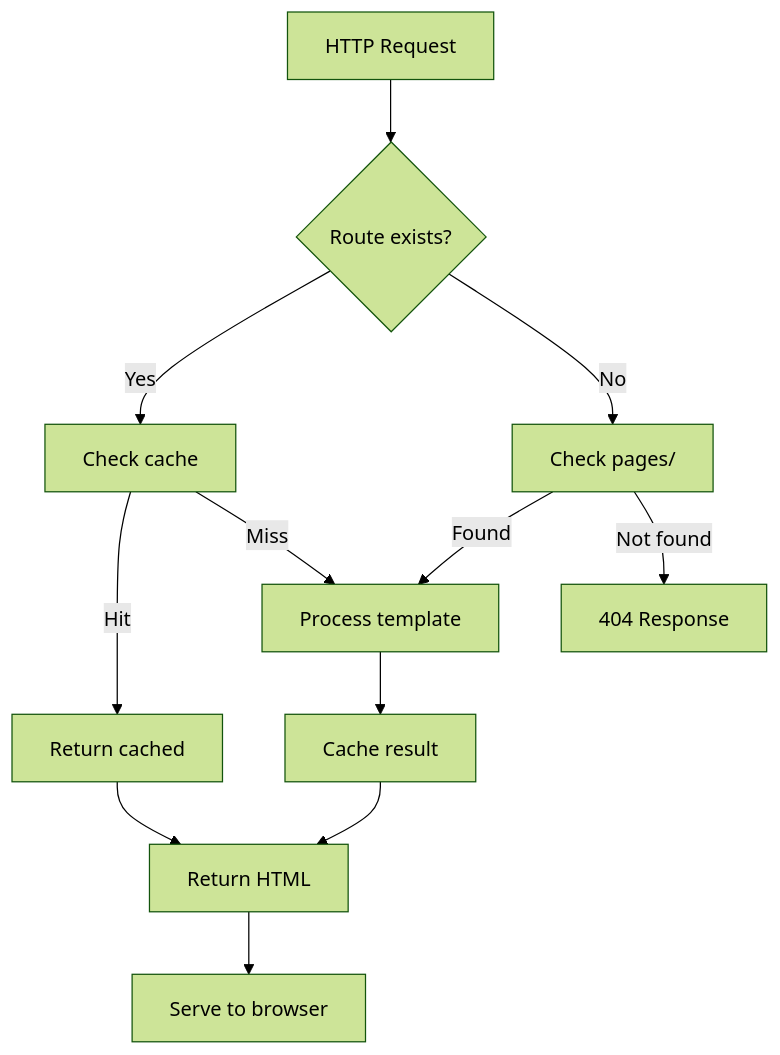
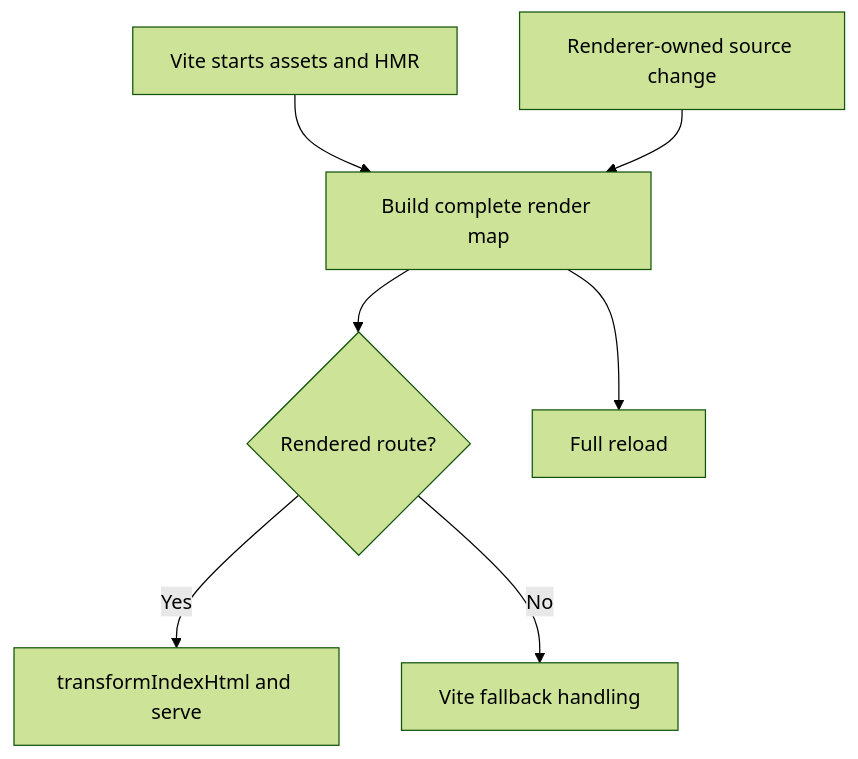
Before and after one commit to KyleBlankRollins/Web-Portfolio: the first of 2 diagrams in source/builder/README.md, drawn with Mermaid (forest theme). The commit also changed other lines of this file and 38 other files, not shown here.

````diff
--- a/source/builder/README.md
+++ b/source/builder/README.md
@@ -542,14 +348,9 @@
 ```mermaid
 graph TD
-    A[HTTP Request] --> B{Route exists?}
-    B -->|Yes| C[Check cache]
-    B -->|No| D[Check pages/]
-    C -->|Hit| E[Return cached]
-    C -->|Miss| F[Process template]
-    D -->|Found| F
-    D -->|Not found| G[404 Response]
-    F --> H[Cache result]
-    H --> I[Return HTML]
-    E --> I
-    I --> J[Serve to browser]
+  A[Vite starts assets and HMR] --> B[Build complete render map]
+  B --> C{Rendered route?}
+  C -->|Yes| D[transformIndexHtml and serve]
+  C -->|No| E[Vite fallback handling]
+  F[Renderer-owned source change] --> B
+  B --> G[Full reload]
 ```
````
